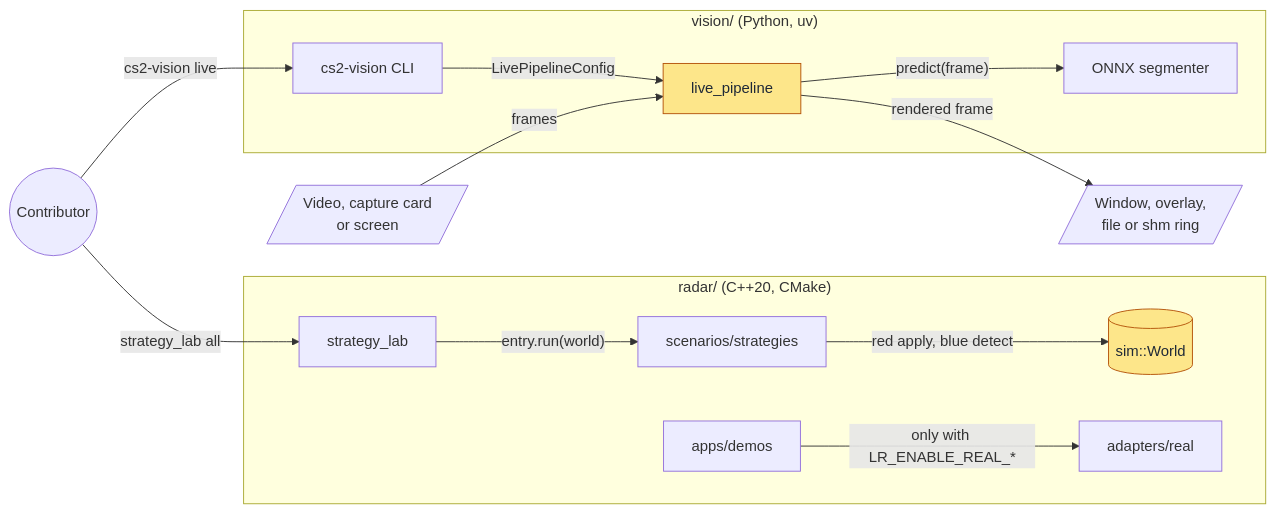
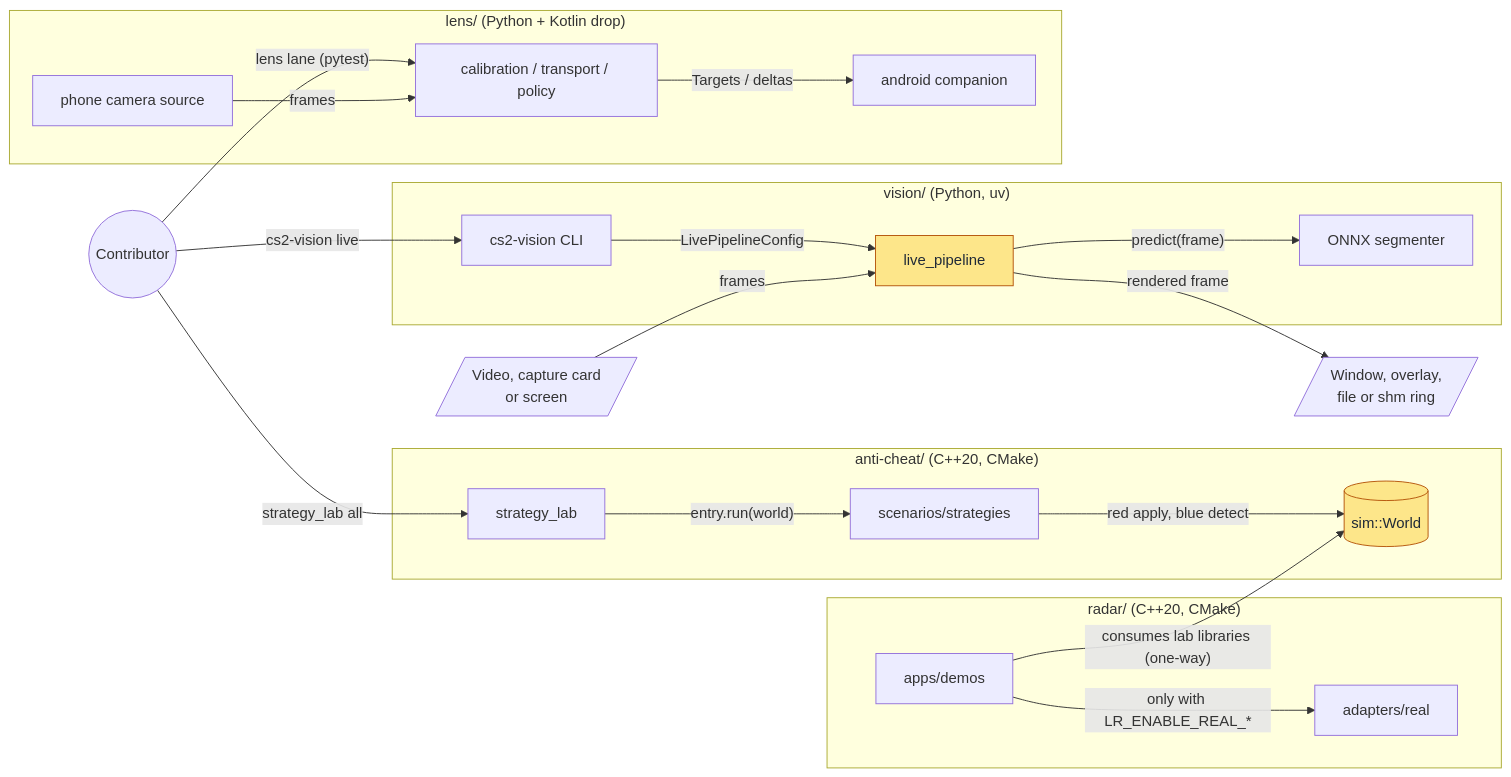
The first of 6 diagrams in docs/ARCHITECTURE.md (sebastianspicker/periscope-cs2), drawn with Mermaid before and after one commit. The commit also changed other lines of this file and 1657 other files, not shown here.

````diff
--- a/docs/ARCHITECTURE.md
+++ b/docs/ARCHITECTURE.md
@@ -24,29 +34,40 @@
 ```mermaid
 flowchart LR
   dev((Contributor))
-  subgraph radarTree ["radar/ (C++20, CMake)"]
+  subgraph acTree ["anti-cheat/ (C++20, CMake)"]
     lab["strategy_lab"]
-    demos["apps/demos"]
     pairs["scenarios/strategies"]
     world[("sim::World")]
+  end
+  subgraph radarTree ["radar/ (C++20, CMake)"]
+    demos["apps/demos"]
     real["adapters/real"]
   end
   subgraph visionTree ["vision/ (Python, uv)"]
     cli["cs2-vision CLI"]
     pipe["live_pipeline"]
     model[ONNX segmenter]
   end
+  subgraph lensTree ["lens/ (Python + Kotlin drop)"]
+    phone["phone camera source"]
+    lenscore["calibration / transport / policy"]
+    android["android companion"]
+  end
   frames[/"Video, capture card<br/>or screen"/]
   out[/"Window, overlay,<br/>file or shm ring"/]
   dev -->|"strategy_lab all"| lab
   lab -->|"entry.run(world)"| pairs
   pairs -->|"red apply, blue detect"| world
+  demos -->|"consumes lab libraries (one-way)"| world
   demos -->|"only with LR_ENABLE_REAL_*"| real
   dev -->|"cs2-vision live"| cli
   cli -->|LivePipelineConfig| pipe
   frames -->|frames| pipe
   pipe -->|"predict(frame)"| model
   pipe -->|rendered frame| out
+  dev -->|"lens lane (pytest)"| lenscore
+  phone -->|frames| lenscore
+  lenscore -->|"Targets / deltas"| android
   classDef focus fill:#fde68a,stroke:#b45309,color:#1f2937
   class world,pipe focus
 ```
````
